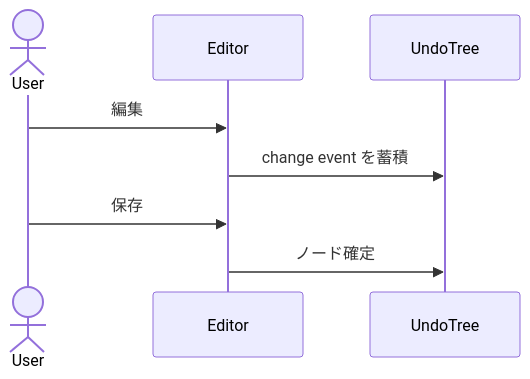
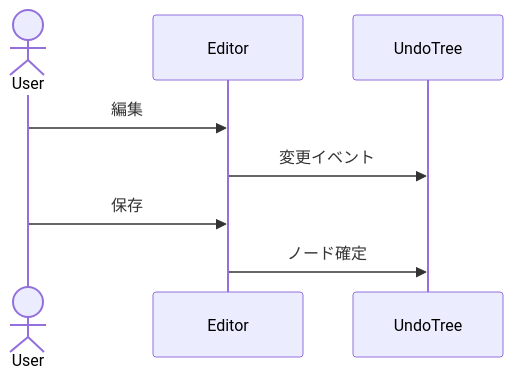
Before and after one commit to mmiyaji/vscode-undotree: the fourth of 5 diagrams in README_ja.md, drawn with Mermaid. The commit also changed other lines of this file and 3 other files, not shown here.

````diff
--- a/README_ja.md
+++ b/README_ja.md
@@ -264,11 +295,11 @@
 ```mermaid
 sequenceDiagram
   actor User
   participant Editor
   participant UndoTree
 
   User->>Editor: 編集
-  Editor->>UndoTree: change event を蓄積
+  Editor->>UndoTree: 変更イベント
   User->>Editor: 保存
   Editor->>UndoTree: ノード確定
 ```
````
